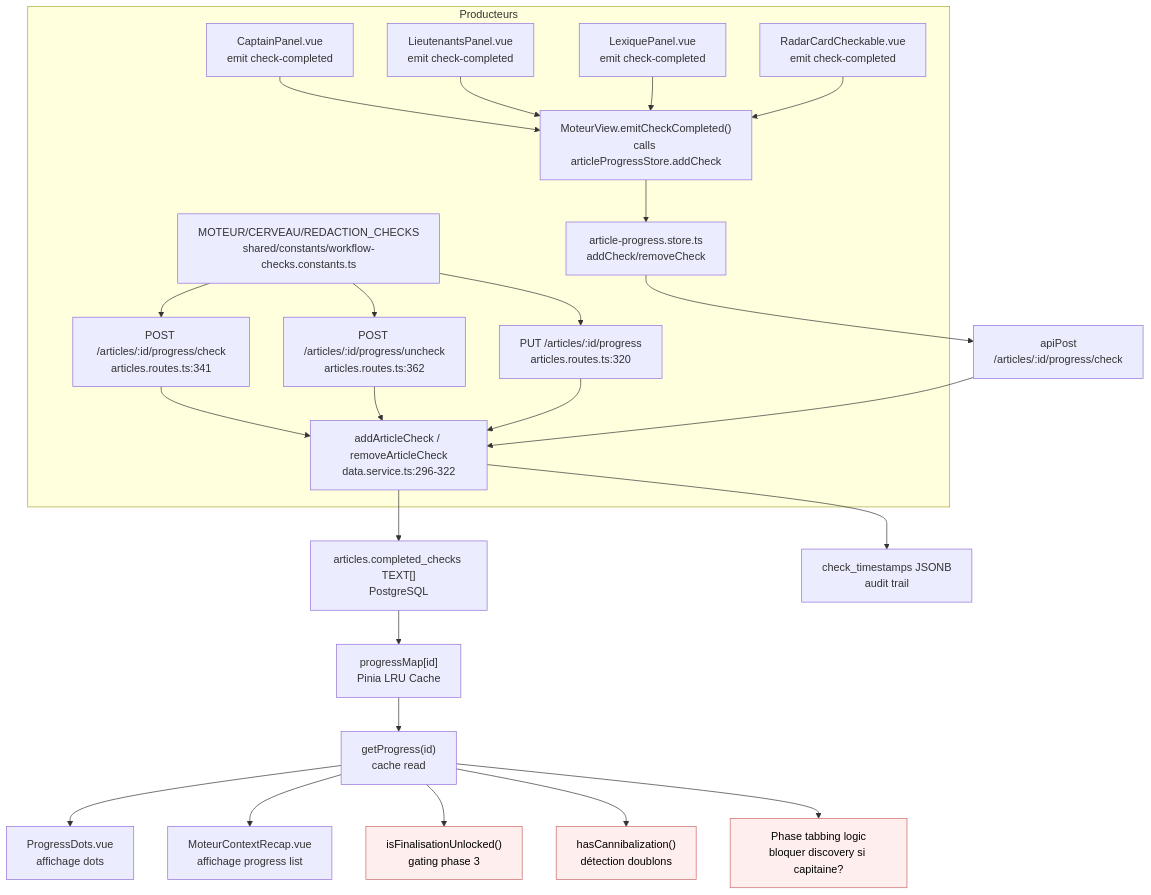
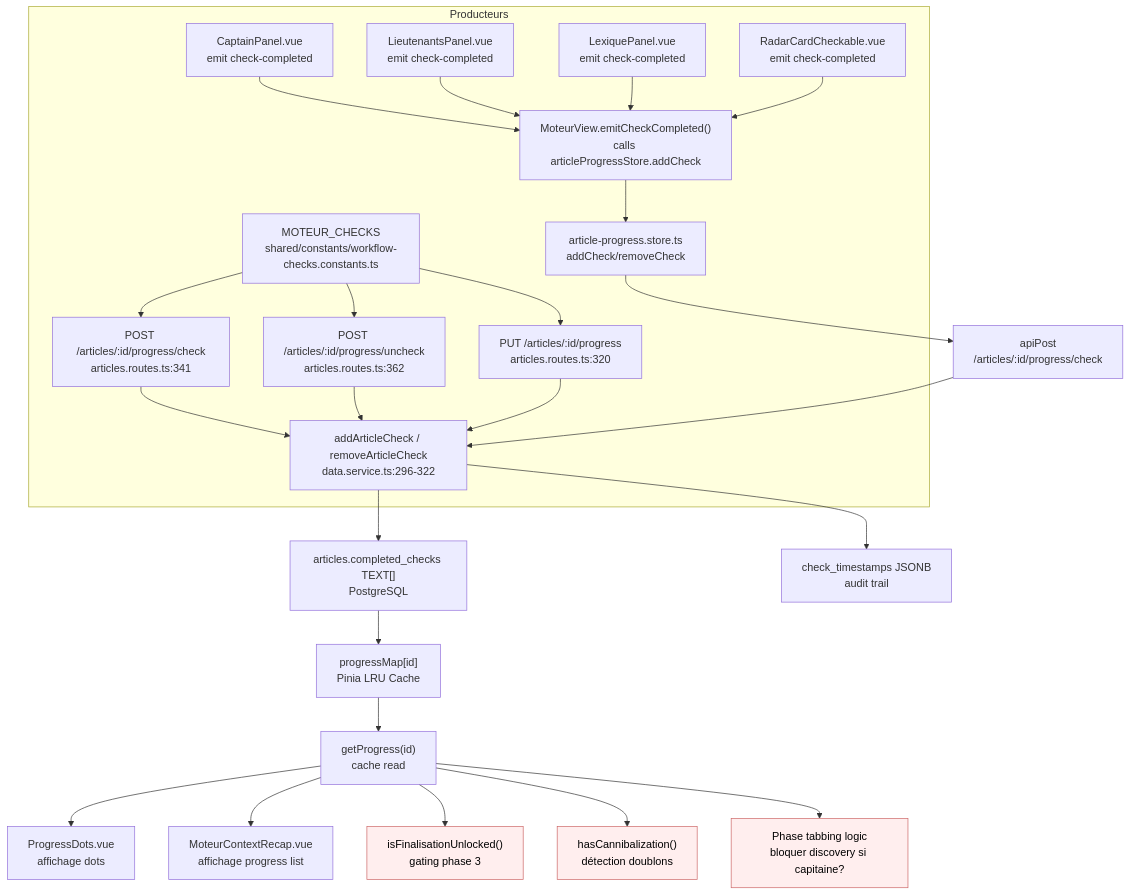
Before and after one commit to annubis-knight/Blog_Redactor_SEO: the diagram in docs/data-flows/completed-checks.md, drawn with Mermaid. The commit also changed other lines of this file and 18 other files, not shown here.

````diff
--- a/docs/data-flows/completed-checks.md
+++ b/docs/data-flows/completed-checks.md
@@ -126,48 +124,48 @@
 ```mermaid
 flowchart TD
     subgraph Producteurs["Producteurs"]
-        Const["MOTEUR/CERVEAU/REDACTION_CHECKS<br/>shared/constants/workflow-checks.constants.ts"]
+        Const["MOTEUR_CHECKS<br/>shared/constants/workflow-checks.constants.ts"]
         EP1["POST /articles/:id/progress/check<br/>articles.routes.ts:341"]
         EP2["POST /articles/:id/progress/uncheck<br/>articles.routes.ts:362"]
         EP3["PUT /articles/:id/progress<br/>articles.routes.ts:320"]
         SVC["addArticleCheck / removeArticleCheck<br/>data.service.ts:296-322"]
         CaptainC["CaptainPanel.vue<br/>emit check-completed"]
         LieutenantC["LieutenantsPanel.vue<br/>emit check-completed"]
         LexiqueC["LexiquePanel.vue<br/>emit check-completed"]
         RadarC["RadarCardCheckable.vue<br/>emit check-completed"]
         MView["MoteurView.emitCheckCompleted()<br/>calls articleProgressStore.addCheck"]
         Store["article-progress.store.ts<br/>addCheck/removeCheck"]
     end
     
     Const --> EP1
     Const --> EP2
     Const --> EP3
     
     CaptainC --> MView
     LieutenantC --> MView
     LexiqueC --> MView
     RadarC --> MView
     
     MView --> Store
     EP1 --> SVC
     EP2 --> SVC
     EP3 --> SVC
     
     Store --> API["apiPost<br/>/articles/:id/progress/check"]
     API --> SVC
     
     SVC --> DB["articles.completed_checks TEXT[]<br/>PostgreSQL"]
     SVC --> TS["check_timestamps JSONB<br/>audit trail"]
     
     DB --> Cache["progressMap[id]<br/>Pinia LRU Cache"]
     Cache --> GetProg["getProgress(id)<br/>cache read"]
     
     GetProg --> Dots["ProgressDots.vue<br/>affichage dots"]
     GetProg --> Recap["MoteurContextRecap.vue<br/>affichage progress list"]
     GetProg --> Gate["isFinalisationUnlocked()<br/>gating phase 3"]:::calc
     GetProg --> Canib["hasCannibalization()<br/>détection doublons"]:::calc
     GetProg --> TabCtrl["Phase tabbing logic<br/>bloquer discovery si capitaine?"]:::calc
     
     classDef calc fill:#fee,stroke:#c66,color:#000
     class Gate,Canib,TabCtrl calc
 ```
````
